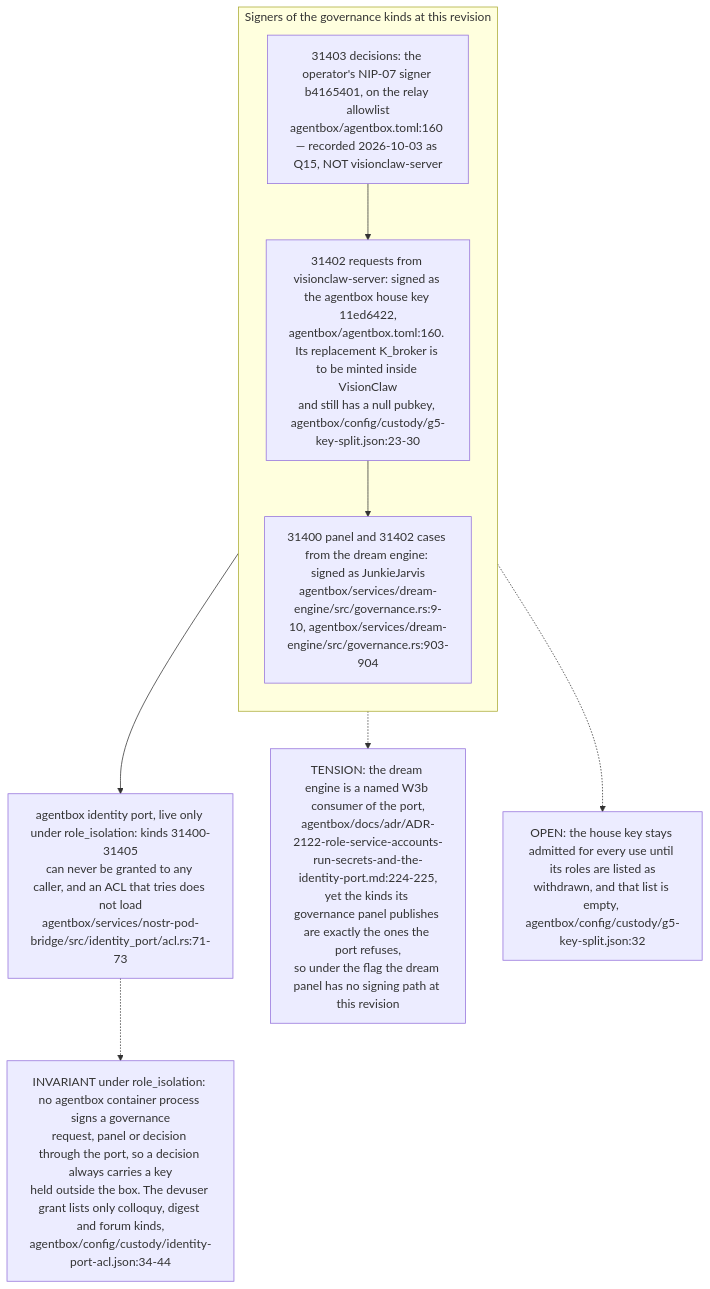
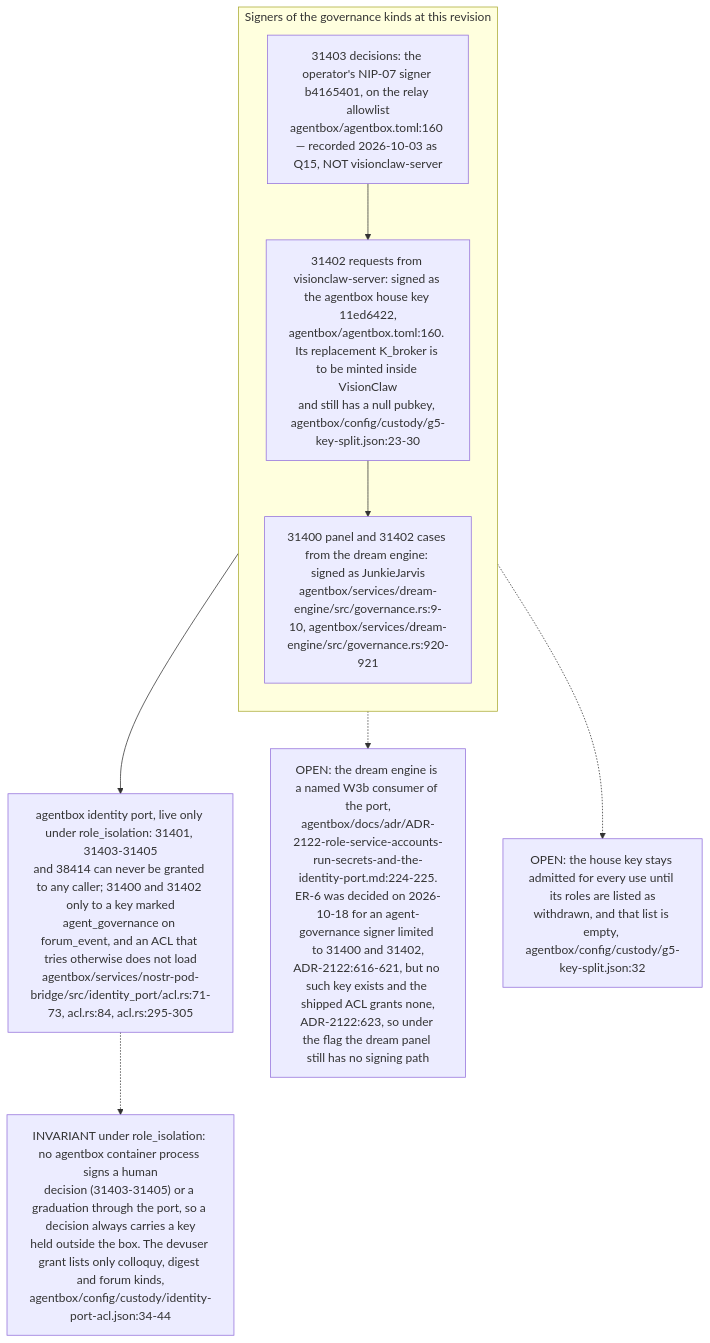
Diagram 11 of 12 in docs/diagrams/estate/05-governance-loop-across-estate.md (DreamLab-AI/VisionFlow), drawn with Mermaid before and after one commit. The commit also changed other lines of this file and 160 other files, not shown here.

````diff
--- a/docs/diagrams/estate/05-governance-loop-across-estate.md
+++ b/docs/diagrams/estate/05-governance-loop-across-estate.md
@@ -360,15 +364,15 @@
 ```mermaid
 flowchart TB
     subgraph SIGNERS["Signers of the governance kinds at this revision"]
         direction TB
         DEC["31403 decisions: the operator's NIP-07 signer b4165401, on the relay allowlist<br/>agentbox/agentbox.toml:160 — recorded 2026-10-03 as Q15, NOT visionclaw-server"]
         VCS["31402 requests from visionclaw-server: signed as the agentbox house key 11ed6422,<br/>agentbox/agentbox.toml:160. Its replacement K_broker is to be minted inside VisionClaw<br/>and still has a null pubkey, agentbox/config/custody/g5-key-split.json:23-30"]
-        JJ["31400 panel and 31402 cases from the dream engine: signed as JunkieJarvis<br/>agentbox/services/dream-engine/src/governance.rs:9-10, agentbox/services/dream-engine/src/governance.rs:903-904"]
+        JJ["31400 panel and 31402 cases from the dream engine: signed as JunkieJarvis<br/>agentbox/services/dream-engine/src/governance.rs:9-10, agentbox/services/dream-engine/src/governance.rs:920-921"]
         DEC --> VCS --> JJ
     end
-    PORT["agentbox identity port, live only under role_isolation: kinds 31400-31405<br/>can never be granted to any caller, and an ACL that tries does not load<br/>agentbox/services/nostr-pod-bridge/src/identity_port/acl.rs:71-73"]
+    PORT["agentbox identity port, live only under role_isolation: 31401, 31403-31405<br/>and 38414 can never be granted to any caller; 31400 and 31402 only to a key marked<br/>agent_governance on forum_event, and an ACL that tries otherwise does not load<br/>agentbox/services/nostr-pod-bridge/src/identity_port/acl.rs:71-73, acl.rs:84, acl.rs:295-305"]
     SIGNERS --> PORT
-    PORT -.-> INV["INVARIANT under role_isolation: no agentbox container process signs a governance<br/>request, panel or decision through the port, so a decision always carries a key<br/>held outside the box. The devuser grant lists only colloquy, digest and forum kinds,<br/>agentbox/config/custody/identity-port-acl.json:34-44"]
-    JJ -.-> TEN["TENSION: the dream engine is a named W3b consumer of the port,<br/>agentbox/docs/adr/ADR-2122-role-service-accounts-run-secrets-and-the-identity-port.md:224-225,<br/>yet the kinds its governance panel publishes are exactly the ones the port refuses,<br/>so under the flag the dream panel has no signing path at this revision"]
+    PORT -.-> INV["INVARIANT under role_isolation: no agentbox container process signs a human<br/>decision (31403-31405) or a graduation through the port, so a decision always carries a key<br/>held outside the box. The devuser grant lists only colloquy, digest and forum kinds,<br/>agentbox/config/custody/identity-port-acl.json:34-44"]
+    JJ -.-> TEN["OPEN: the dream engine is a named W3b consumer of the port,<br/>agentbox/docs/adr/ADR-2122-role-service-accounts-run-secrets-and-the-identity-port.md:224-225.<br/>ER-6 was decided on 2026-10-18 for an agent-governance signer limited to 31400 and 31402,<br/>ADR-2122:616-621, but no such key exists and the shipped ACL grants none,<br/>ADR-2122:623, so under the flag the dream panel still has no signing path"]
     VCS -.-> OPN["OPEN: the house key stays admitted for every use until its roles are listed as<br/>withdrawn, and that list is empty, agentbox/config/custody/g5-key-split.json:32"]
 ```
````
